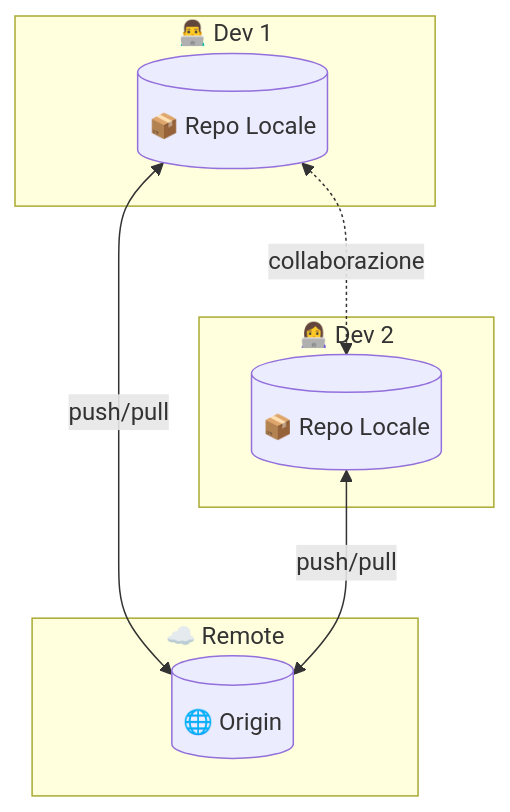
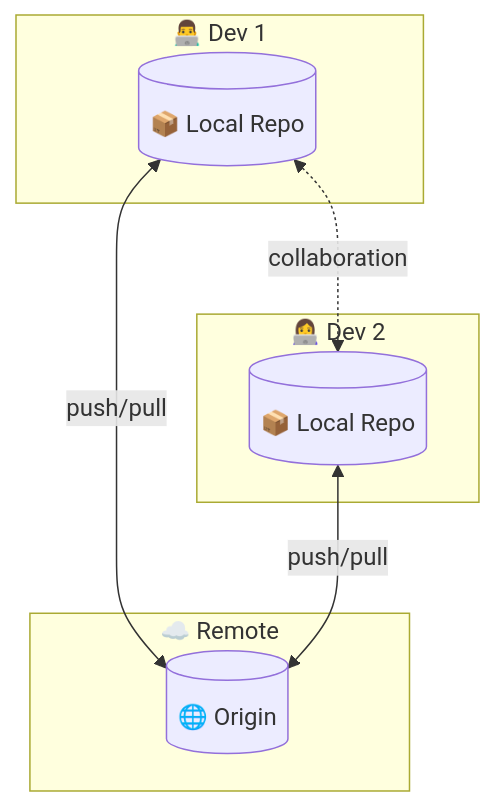
One commit to DaveFV91/GitCourse changed the third of 7 diagrams in 01-teoria/01-vcs-git-basics.md. Above: the diagram before and after it, drawn with Mermaid. The commit also changed other lines of this file and 3 other files, not shown here.

```diff
--- a/01-teoria/01-vcs-git-basics.md
+++ b/01-teoria/01-vcs-git-basics.md
@@ -51,18 +51,18 @@
 :::mermaid
 flowchart TD
     subgraph REMOTE["☁️ Remote"]
         R[("🌐 Origin")]
     end
     
     subgraph DEV1["👨‍💻 Dev 1"]
-        L1[("📦 Repo Locale")]
+        L1[("📦 Local Repo")]
     end
     
     subgraph DEV2["👩‍💻 Dev 2"]
-        L2[("📦 Repo Locale")]
+        L2[("📦 Local Repo")]
     end
     
     L1 <-->|push/pull| R
     L2 <-->|push/pull| R
-    L1 <-.->|collaborazione| L2
+    L1 <-.->|collaboration| L2
 :::
```
